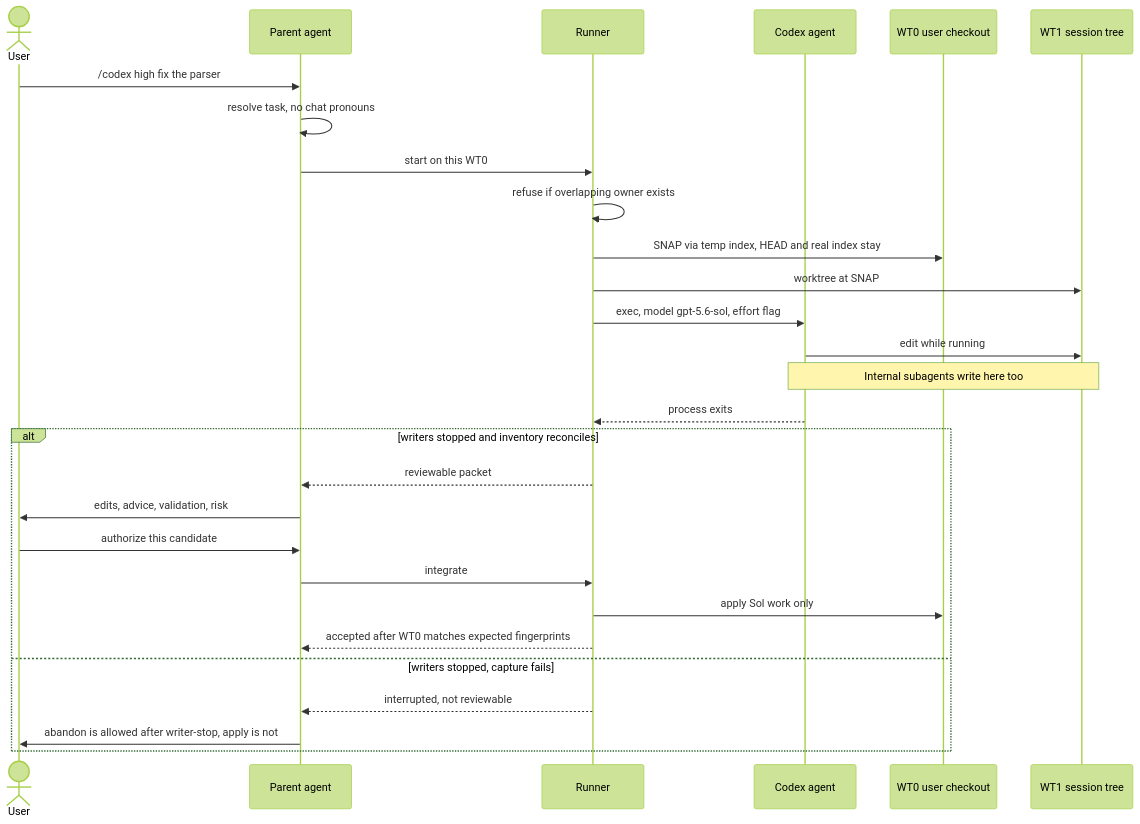
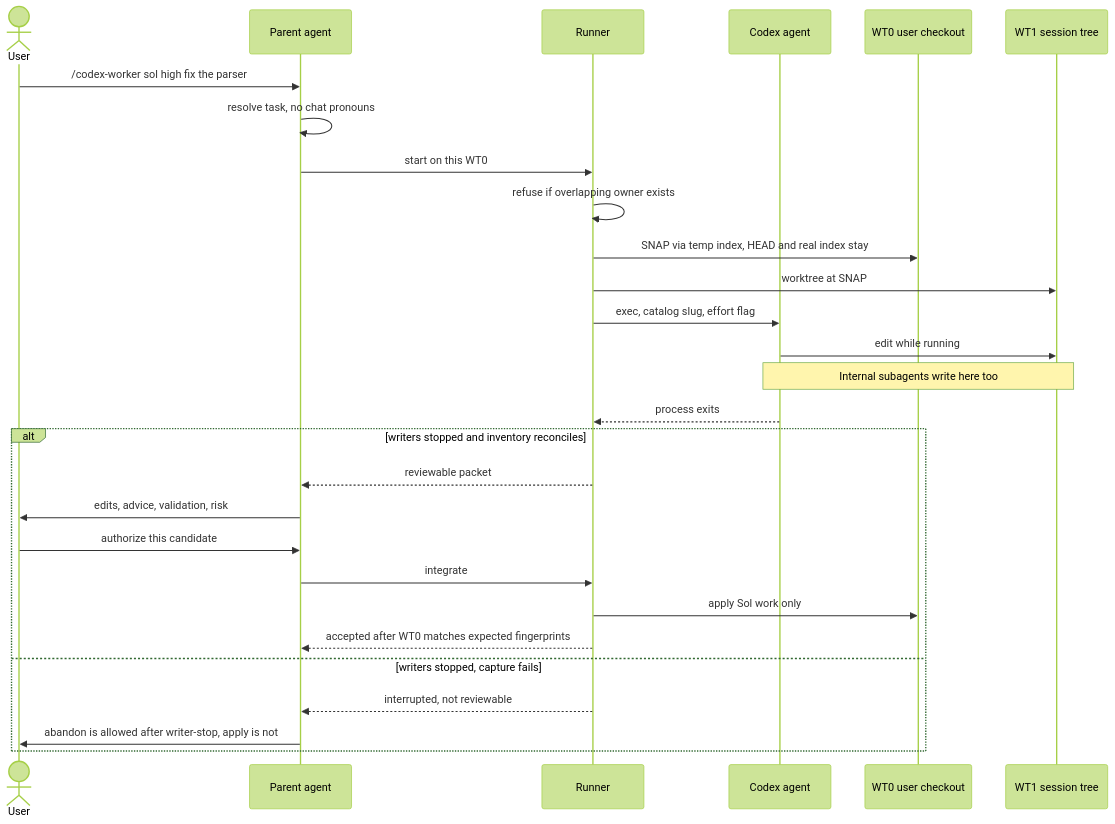
One commit to wenhao-shi/codex-worker-skill changed the second of 10 diagrams in design/architecture.md. Above: the diagram before and after it, drawn with Mermaid (forest theme). The commit also changed other lines of this file and 8 other files, not shown here.

First line of the commit message:
Rename to /codex-worker and let the parent pick model and effort from a local catalog.

````diff
--- a/design/architecture.md
+++ b/design/architecture.md
@@ -49,31 +49,31 @@
 ```mermaid
 sequenceDiagram
   actor User
   participant Parent as Parent agent
   participant Runner as Runner
   participant Codex as Codex agent
   participant WT0 as WT0 user checkout
   participant WT1 as WT1 session tree
 
-  User->>Parent: /codex high fix the parser
+  User->>Parent: /codex-worker sol high fix the parser
   Parent->>Parent: resolve task, no chat pronouns
   Parent->>Runner: start on this WT0
   Runner->>Runner: refuse if overlapping owner exists
   Runner->>WT0: SNAP via temp index, HEAD and real index stay
   Runner->>WT1: worktree at SNAP
-  Runner->>Codex: exec, model gpt-5.6-sol, effort flag
+  Runner->>Codex: exec, catalog slug, effort flag
   Codex->>WT1: edit while running
   Note over Codex,WT1: Internal subagents write here too
   Codex-->>Runner: process exits
   alt writers stopped and inventory reconciles
     Runner-->>Parent: reviewable packet
     Parent->>User: edits, advice, validation, risk
     User->>Parent: authorize this candidate
     Parent->>Runner: integrate
     Runner->>WT0: apply Sol work only
     Runner-->>Parent: accepted after WT0 matches expected fingerprints
   else writers stopped, capture fails
     Runner-->>Parent: interrupted, not reviewable
     Parent->>User: abandon is allowed after writer-stop, apply is not
   end
 ```
````
